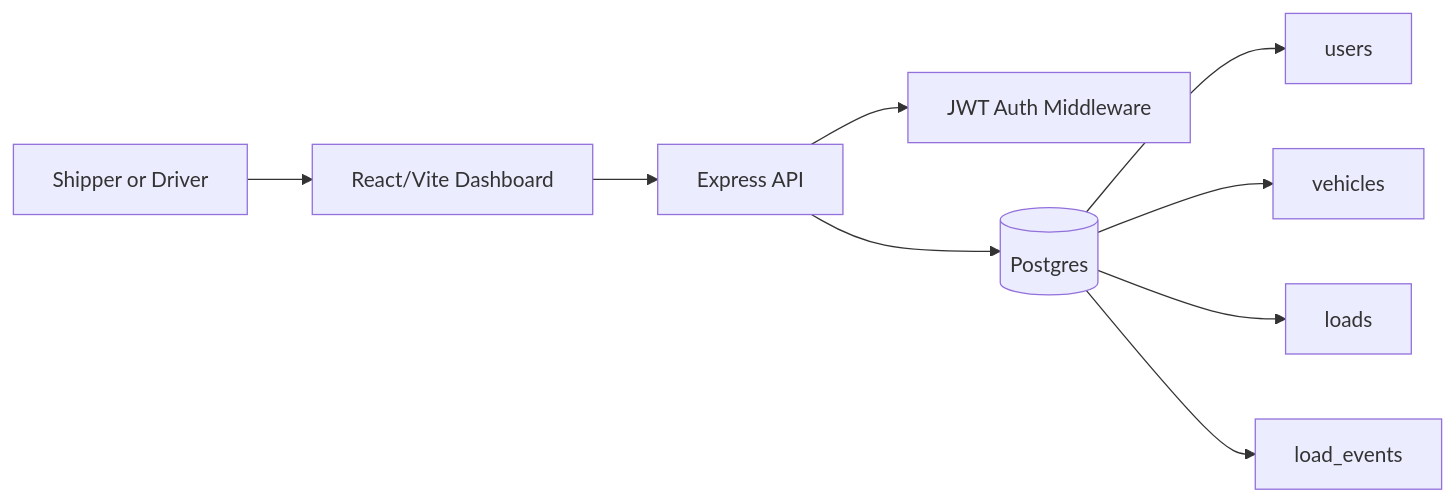
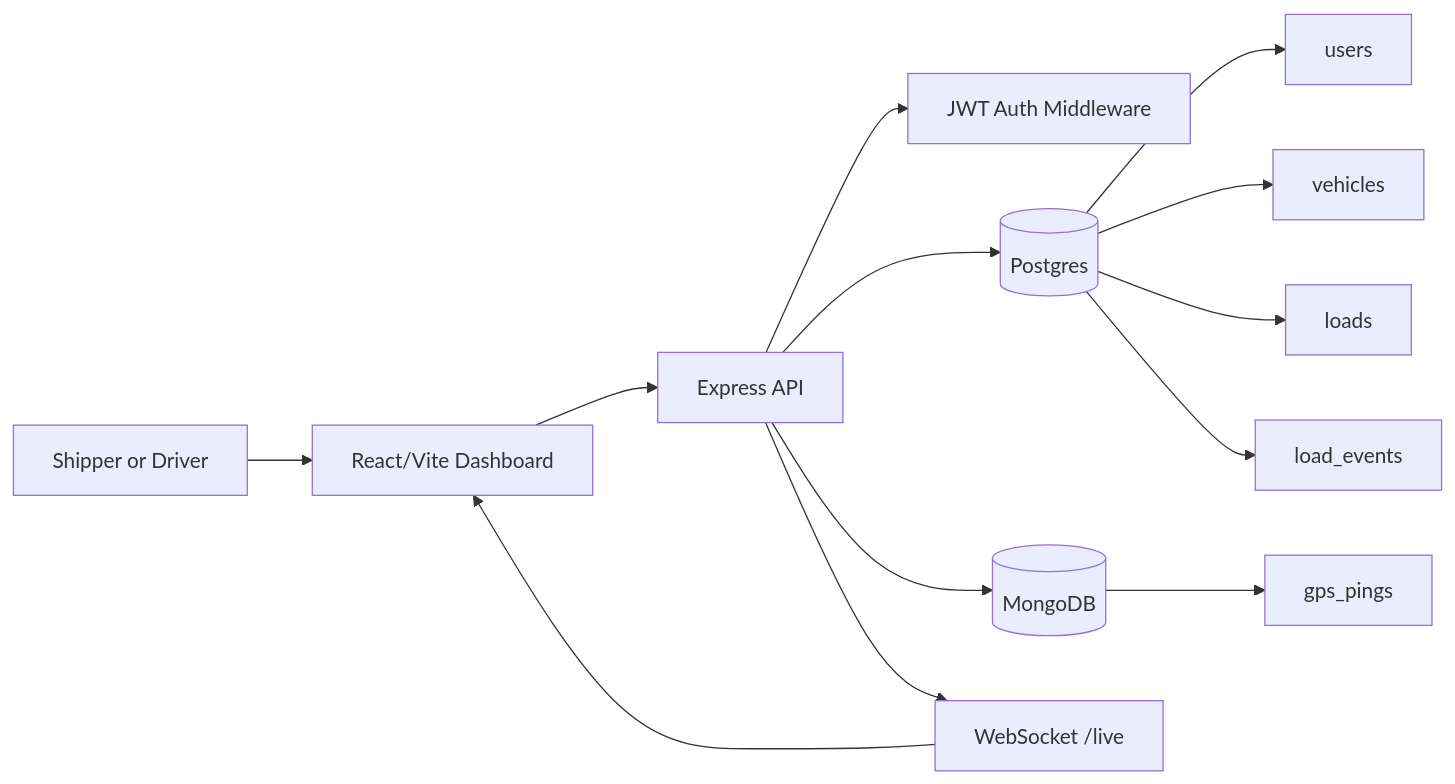
One commit to jordan-umpierre/Freightline-App changed the diagram in README.md. Above: the diagram before and after it, drawn with Mermaid. The commit also changed other lines of this file, not shown here.

Commit message:
docs: describe live visibility v2

````diff
--- a/README.md
+++ b/README.md
@@ -19,11 +20,15 @@
 ```mermaid
 flowchart LR
   User[Shipper or Driver] --> Web[React/Vite Dashboard]
   Web --> API[Express API]
   API --> Auth[JWT Auth Middleware]
   API --> PG[(Postgres)]
+  API --> Mongo[(MongoDB)]
+  API --> Live[WebSocket /live]
   PG --> Users[users]
   PG --> Vehicles[vehicles]
   PG --> Loads[loads]
   PG --> Events[load_events]
+  Mongo --> Pings[gps_pings]
+  Live --> Web
 ```
````
